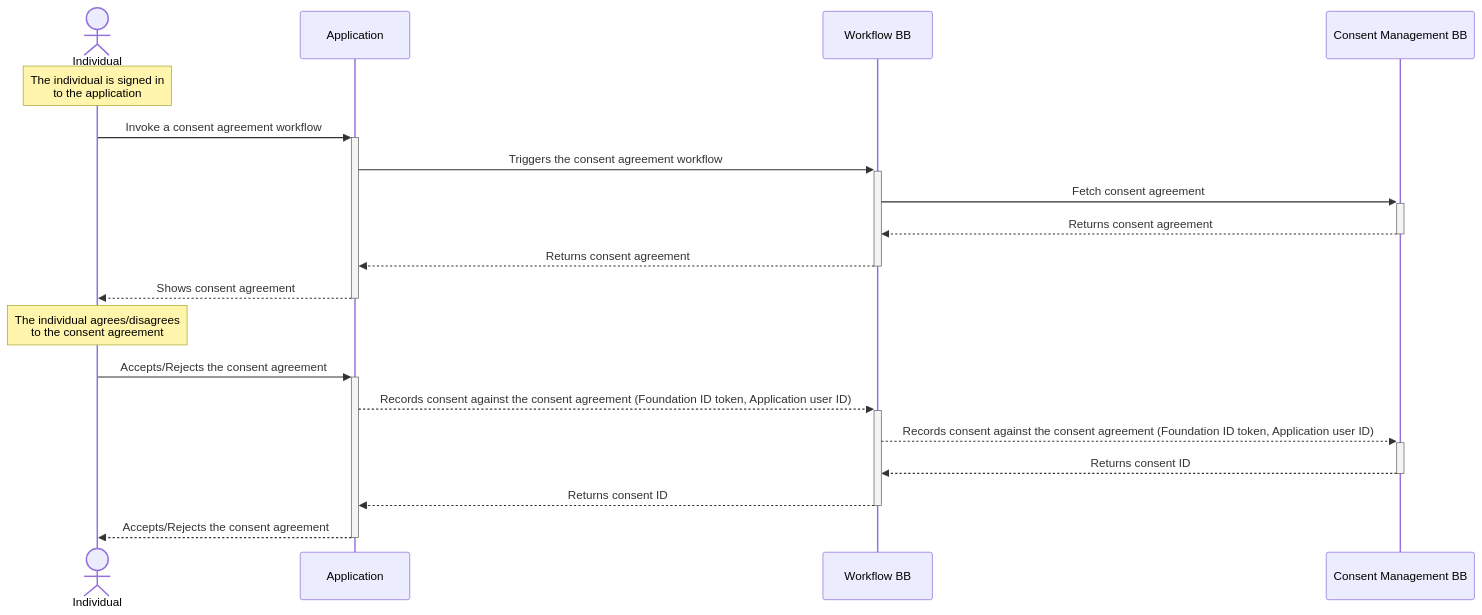
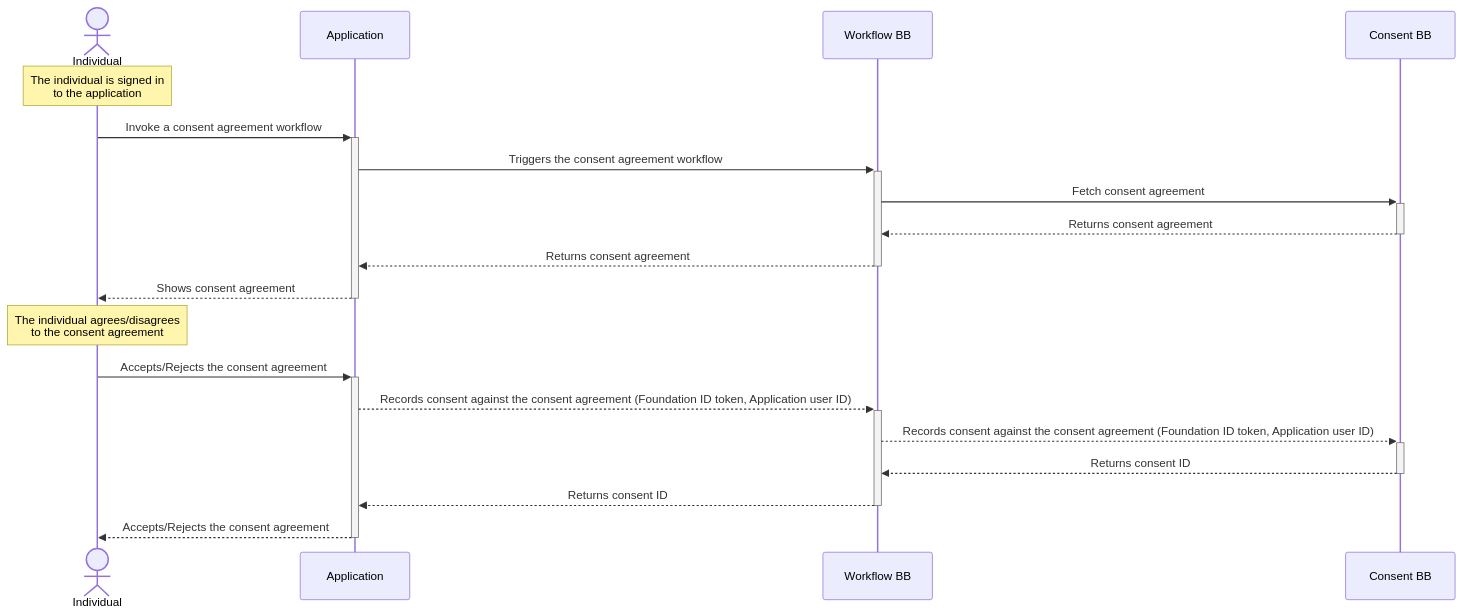
Before and after one commit to GovStackWorkingGroup/bb-consent: the third of 4 diagrams in spec/9-workflows.md, drawn with Mermaid. The commit also changed other lines of this file and 4 other files, not shown here.

Commit message:
CON-68: Replace various occurrences of "consent management"

````diff
--- a/spec/9-workflows.md
+++ b/spec/9-workflows.md
@@ -69,25 +69,25 @@
 ```mermaid
 sequenceDiagram
 
 actor Individual
 
 note over Individual: The individual is signed in<br />to the application
 
 Individual->>+Application: Invoke a consent agreement workflow
 Application->>+Workflow BB: Triggers the consent agreement workflow
 
-Workflow BB->>+Consent Management BB: Fetch consent agreement
-Consent Management BB-->>-Workflow BB: Returns consent agreement
+Workflow BB->>+Consent BB: Fetch consent agreement
+Consent BB-->>-Workflow BB: Returns consent agreement
 Workflow BB-->>-Application: Returns consent agreement
 Application-->>-Individual: Shows consent agreement
 
 note over Individual: The individual agrees/disagrees<br />to the consent agreement 
 
 Individual->>+Application: Accepts/Rejects the consent agreement
 Application-->>+Workflow BB: Records consent against the consent agreement (Foundation ID token, Application user ID)
-Workflow BB-->>+Consent Management BB: Records consent against the consent agreement (Foundation ID token, Application user ID)
-Consent Management BB-->>-Workflow BB: Returns consent ID
+Workflow BB-->>+Consent BB: Records consent against the consent agreement (Foundation ID token, Application user ID)
+Consent BB-->>-Workflow BB: Returns consent ID
 Workflow BB-->>-Application: Returns consent ID
 
 Application-->>-Individual: Accepts/Rejects the consent agreement
 ```
````
